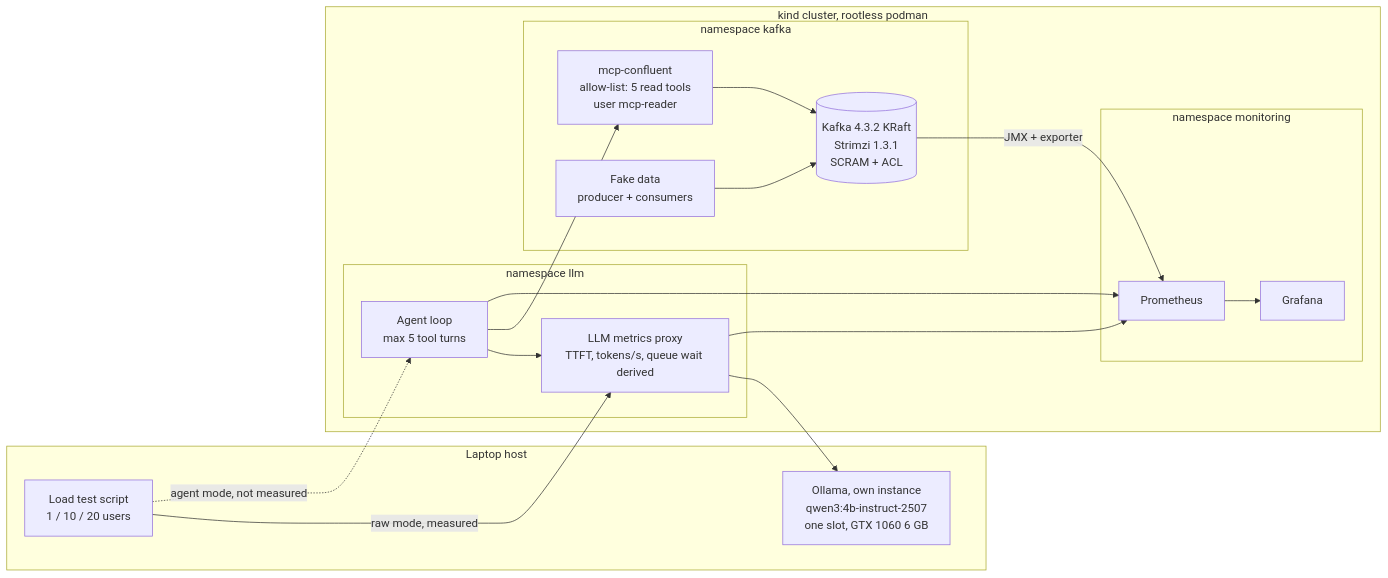
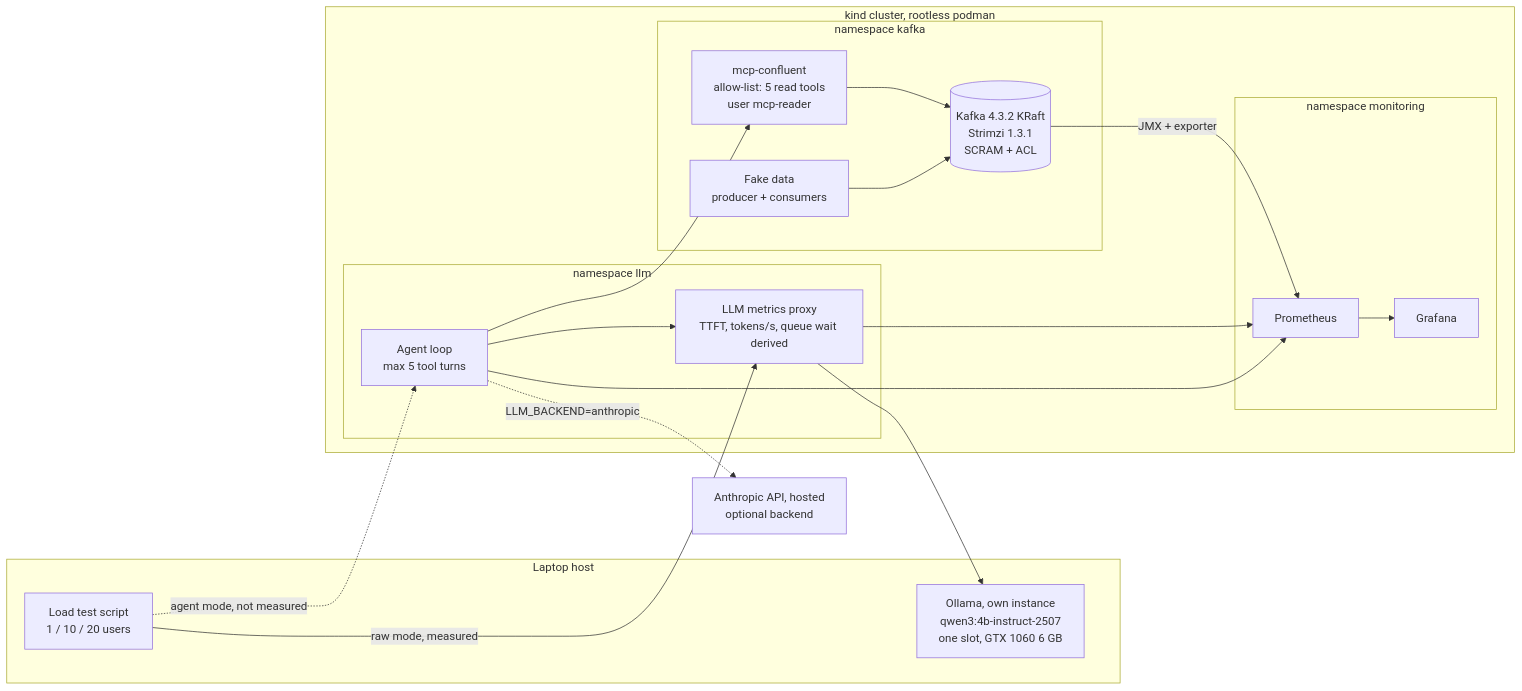
Before and after one commit to mooncak397/kafka-llm-poc: the diagram in README.md, drawn with Mermaid. The commit also changed other lines of this file and 14 other files, not shown here.

First line of the commit message:
Hosted Claude backend behind a seam, and per-call cost accounting

````diff
--- a/README.md
+++ b/README.md
@@ -22,31 +25,33 @@
 ```mermaid
 flowchart LR
   subgraph host[Laptop host]
     LT[Load test script<br/>1 / 10 / 20 users]
     OL[Ollama, own instance<br/>qwen3:4b-instruct-2507<br/>one slot, GTX 1060 6 GB]
   end
+  AN[Anthropic API, hosted<br/>optional backend]
   subgraph kind[kind cluster, rootless podman]
     subgraph llm[namespace llm]
       AG[Agent loop<br/>max 5 tool turns]
       PX[LLM metrics proxy<br/>TTFT, tokens/s, queue wait derived]
     end
     subgraph kafkans[namespace kafka]
       M[mcp-confluent<br/>allow-list: 5 read tools<br/>user mcp-reader]
       K[(Kafka 4.3.2 KRaft<br/>Strimzi 1.3.1<br/>SCRAM + ACL)]
       FD[Fake data<br/>producer + consumers]
     end
     subgraph mon[namespace monitoring]
       P[Prometheus]
       G[Grafana]
     end
   end
   LT -->|raw mode, measured| PX
   LT -.->|agent mode, not measured| AG
   AG --> PX --> OL
+  AG -.->|LLM_BACKEND=anthropic| AN
   AG --> M --> K
   FD --> K
   K -->|JMX + exporter| P
   PX --> P
   AG --> P
   P --> G
 ```
````
